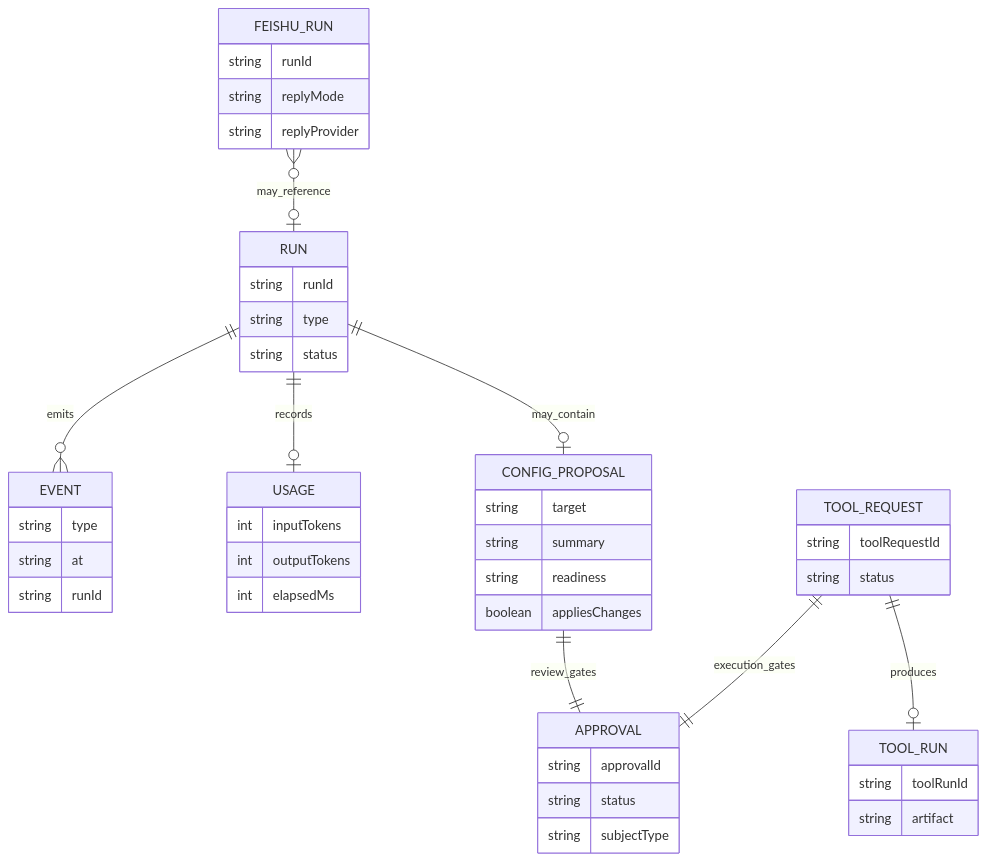
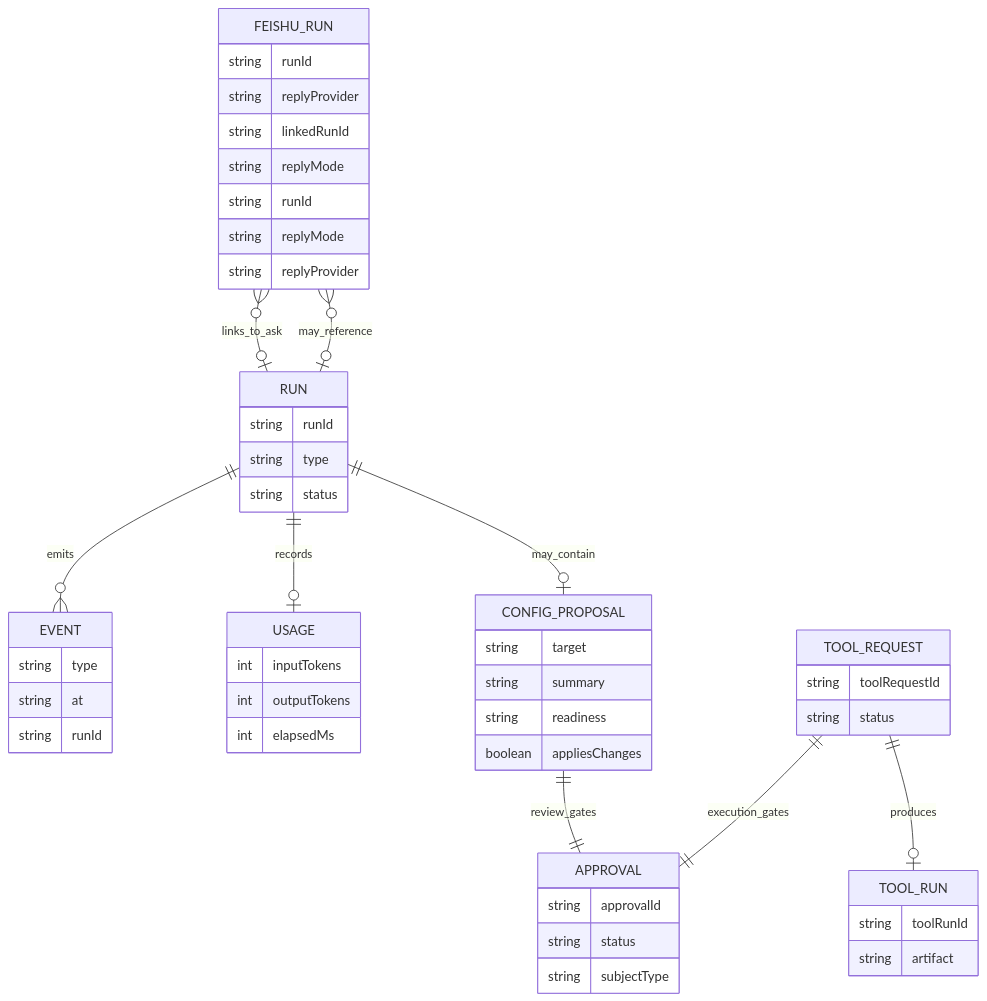
Before and after one commit to mayf3/myclaw: the seventh of 9 diagrams in docs/implementation-architecture.md, drawn with Mermaid. The commit also changed other lines of this file and 30 other files, not shown here.

Commit message:
feat: link feishu llm replies to ask runs

````diff
--- a/docs/implementation-architecture.md
+++ b/docs/implementation-architecture.md
@@ -209,19 +210,21 @@
 ```mermaid
 erDiagram
   RUN ||--o{ EVENT : emits
   RUN ||--o| USAGE : records
   RUN ||--o| CONFIG_PROPOSAL : may_contain
+  FEISHU_RUN }o--o| RUN : links_to_ask
   CONFIG_PROPOSAL ||--|| APPROVAL : review_gates
   TOOL_REQUEST ||--|| APPROVAL : execution_gates
   TOOL_REQUEST ||--o| TOOL_RUN : produces
   FEISHU_RUN }o--o| RUN : may_reference
 
   RUN { string runId string type string status }
   EVENT { string type string at string runId }
   USAGE { int inputTokens int outputTokens int elapsedMs }
   CONFIG_PROPOSAL { string target string summary string readiness boolean appliesChanges }
+  FEISHU_RUN { string runId string replyProvider string linkedRunId string replyMode }
   APPROVAL { string approvalId string status string subjectType }
   TOOL_REQUEST { string toolRequestId string status }
   TOOL_RUN { string toolRunId string artifact }
   FEISHU_RUN { string runId string replyMode string replyProvider }
 ```
````
